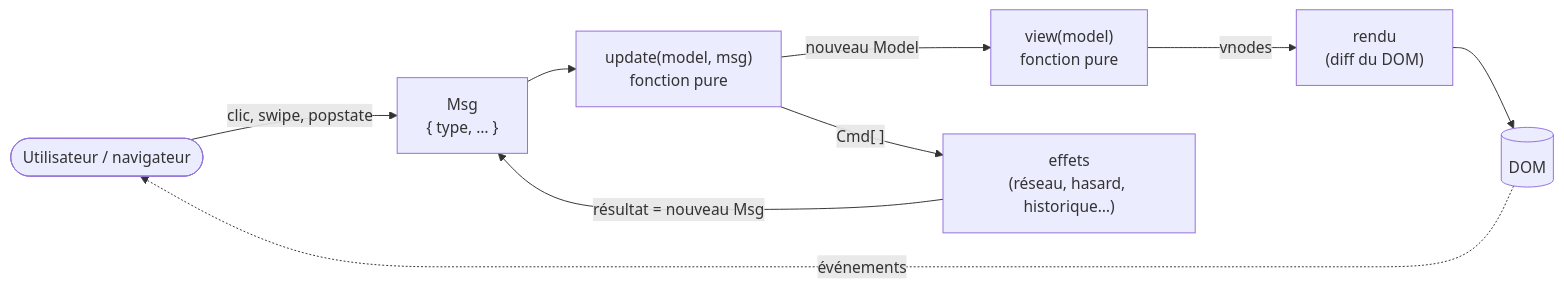
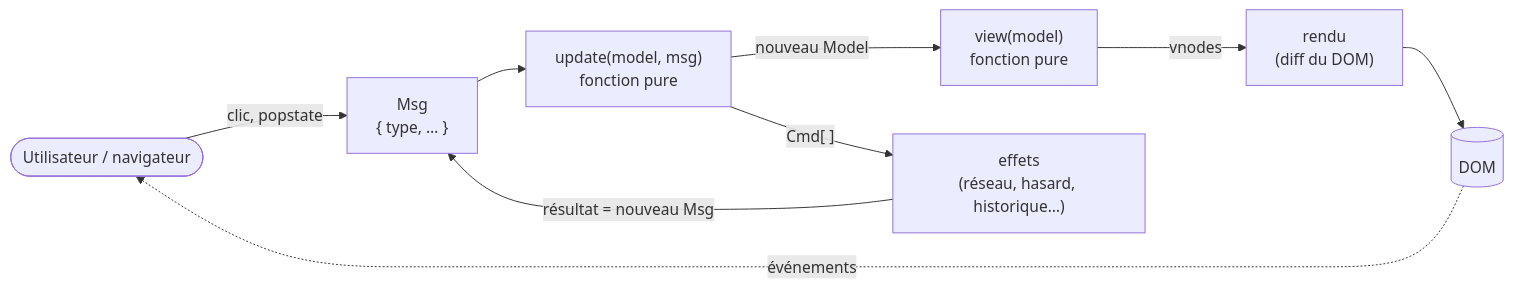
One commit to devsigner/aikido-trainer changed the first of 6 diagrams in README.md. Above: the diagram before and after it, drawn with Mermaid. The commit also changed other lines of this file and 7 other files, not shown here.

````diff
--- a/README.md
+++ b/README.md
@@ -103,11 +102,11 @@
 ```mermaid
 flowchart LR
-    U([Utilisateur / navigateur]) -- "clic, swipe, popstate" --> M["Msg<br/>{ type, … }"]
+    U([Utilisateur / navigateur]) -- "clic, popstate" --> M["Msg<br/>{ type, … }"]
     M --> UP["update(model, msg)<br/>fonction pure"]
     UP -- "nouveau Model" --> V["view(model)<br/>fonction pure"]
     V -- "vnodes" --> R["rendu<br/>(diff du DOM)"]
     R --> D[(DOM)]
     D -. "événements" .-> U
     UP -- "Cmd[ ]" --> E["effets<br/>(réseau, hasard, historique…)"]
     E -- "résultat = nouveau Msg" --> M
 ```
````
